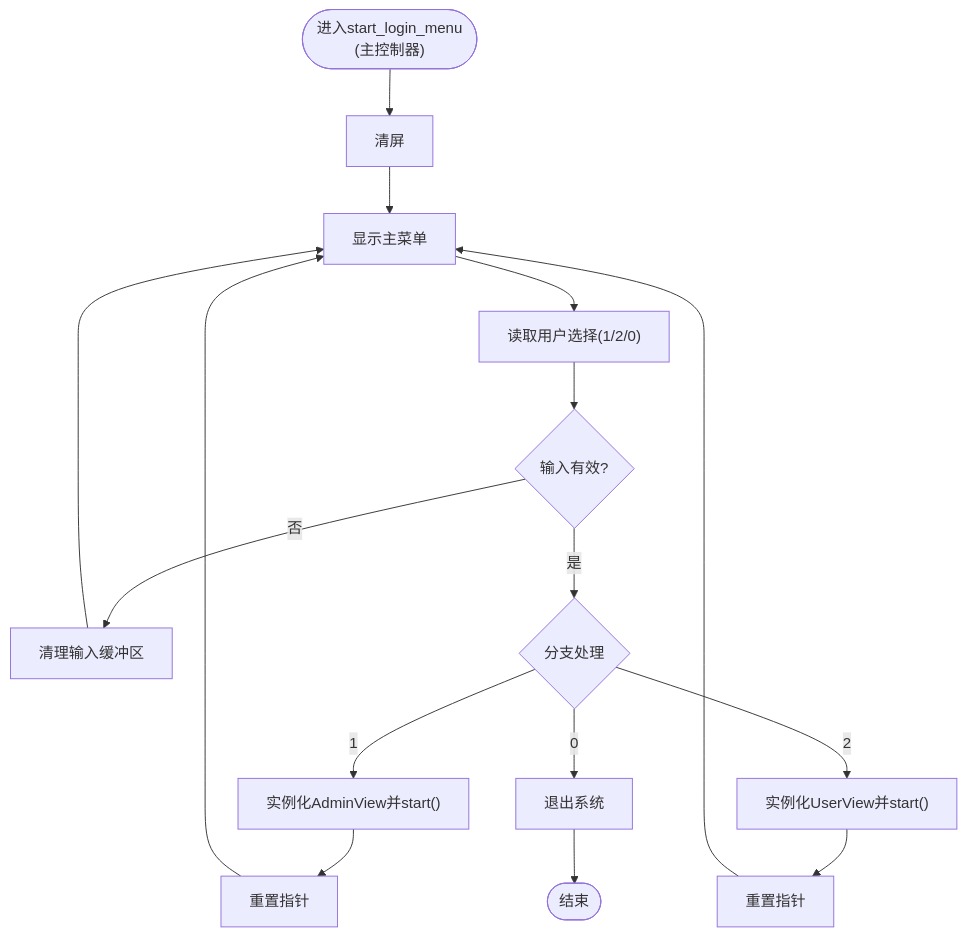
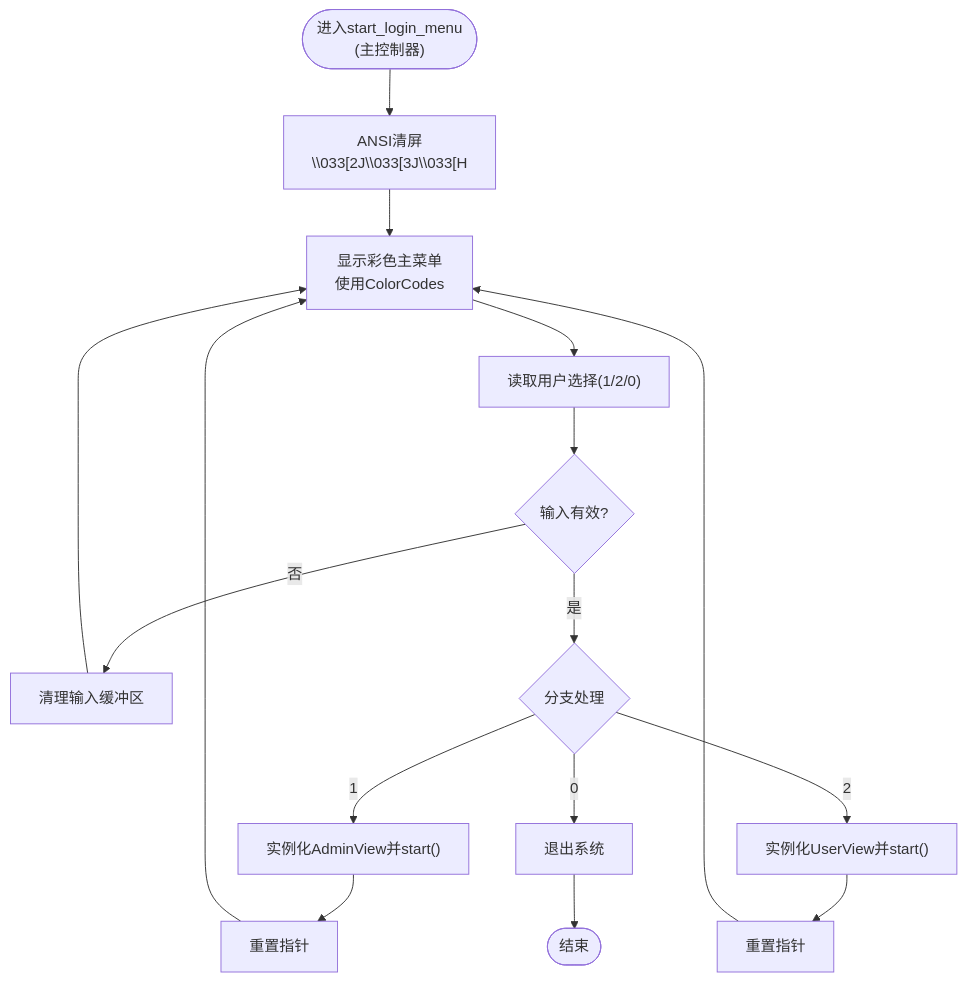
The third of 7 diagrams in .qoder/repowiki/zh/content/系统架构设计/视图管理层设计.md (jinpeng900/OJ-Test), drawn with Mermaid before and after one commit. The commit also changed other lines of this file and 5 other files, not shown here.

````diff
--- a/.qoder/repowiki/zh/content/系统架构设计/视图管理层设计.md
+++ b/.qoder/repowiki/zh/content/系统架构设计/视图管理层设计.md
@@ -154,12 +179,12 @@
 ```mermaid
 flowchart TD
-Start(["进入start_login_menu<br/>(主控制器)"]) --> Clear["清屏"]
-Clear --> ShowMenu["显示主菜单"]
+Start(["进入start_login_menu<br/>(主控制器)"]) --> Clear["ANSI清屏<br/>\\033[2J\\033[3J\\033[H"]
+Clear --> ShowMenu["显示彩色主菜单<br/>使用ColorCodes"]
 ShowMenu --> ReadChoice["读取用户选择(1/2/0)"]
 ReadChoice --> ChoiceValid{"输入有效?"}
 ChoiceValid --> |否| ClearBuf["清理输入缓冲区"] --> ShowMenu
 ChoiceValid --> |是| Switch{"分支处理"}
 Switch --> |1| NewAdmin["实例化AdminView并start()"] --> ResetA["重置指针"] --> ShowMenu
 Switch --> |2| NewUser["实例化UserView并start()"] --> ResetU["重置指针"] --> ShowMenu
 Switch --> |0| Exit["退出系统"] --> End(["结束"])
 ```
````
